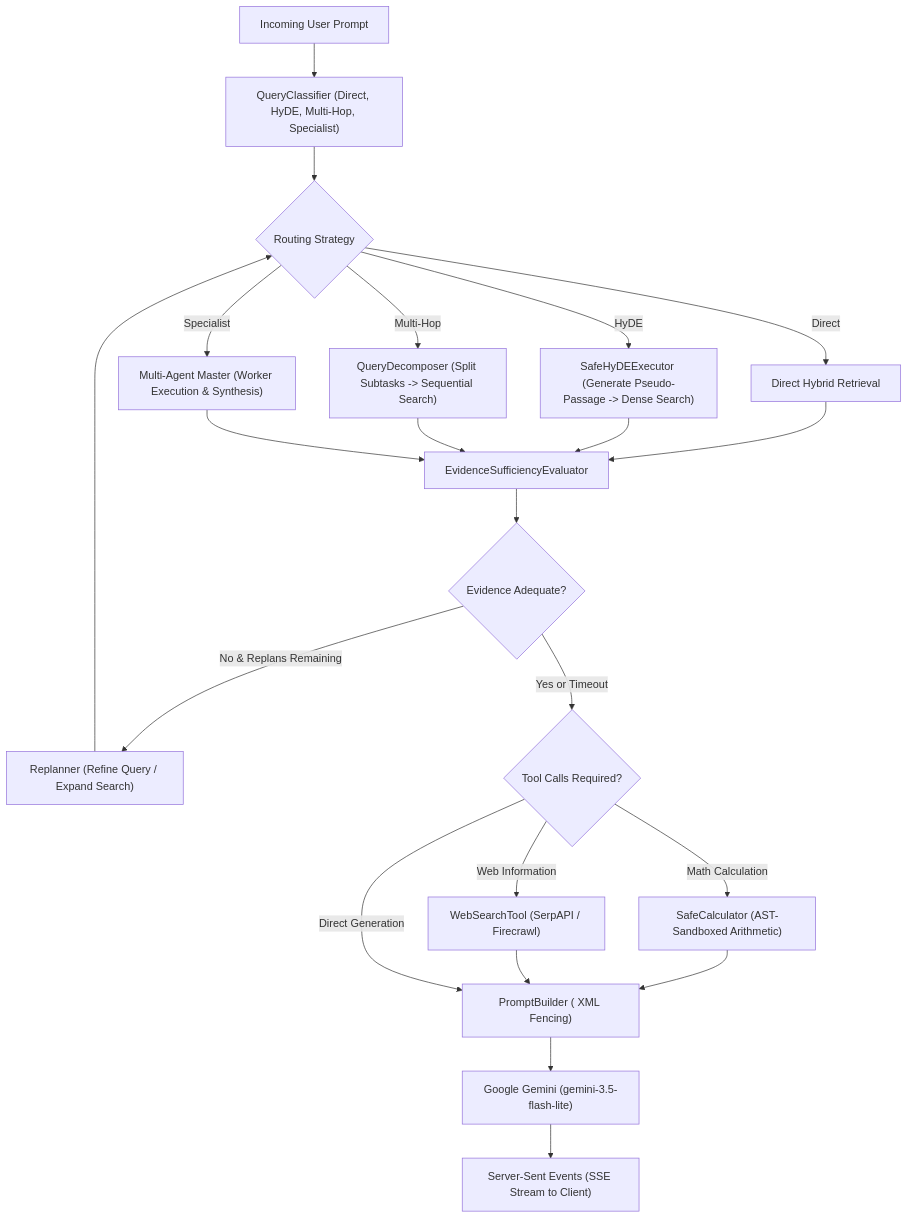
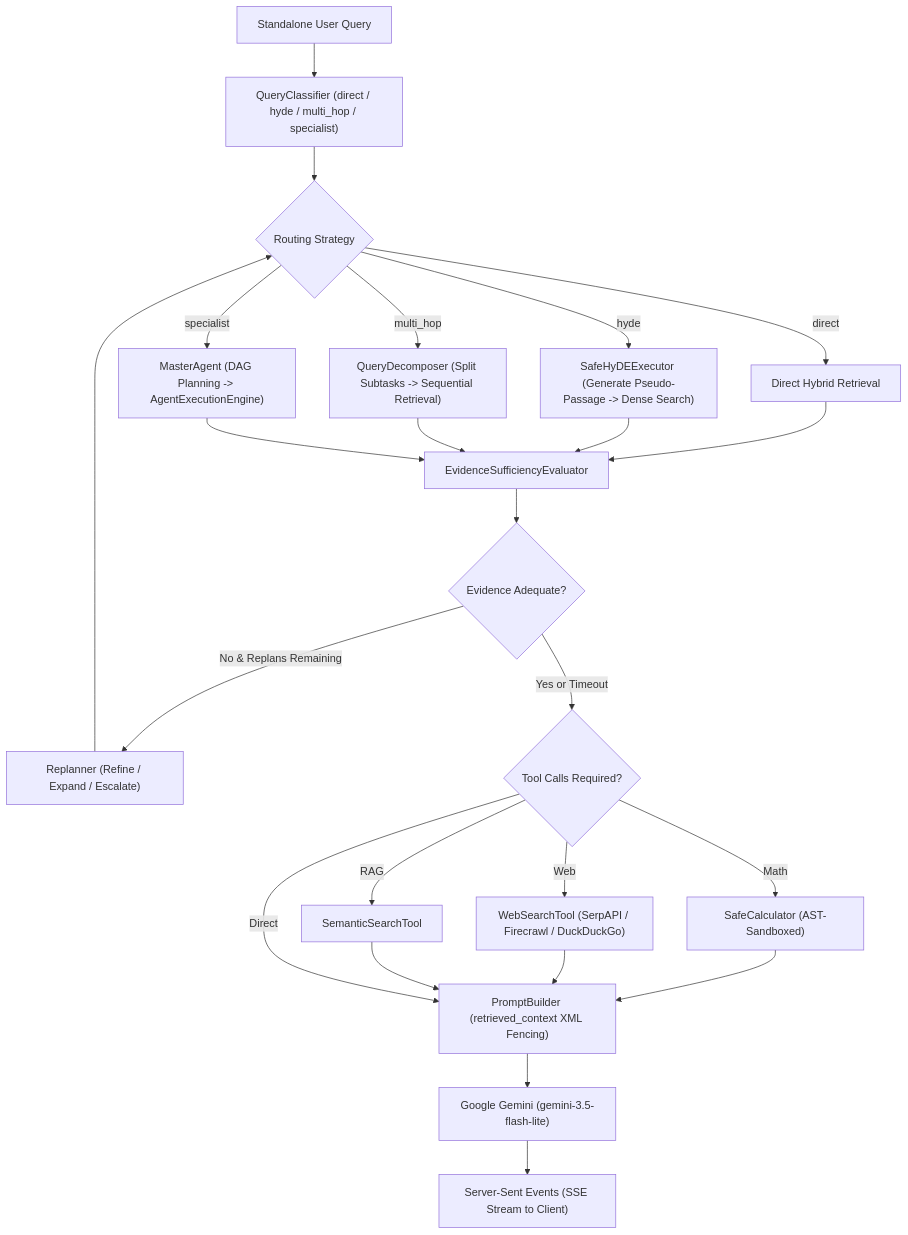
The sixth of 8 diagrams in ARCHITECTURE.md (Satya-Naraharisetty/FusionRAG), drawn with Mermaid before and after one commit. The commit also changed other lines of this file and 2 other files, not shown here.

Commit message:
docs: update system architecture and documentation while adding new integration test suite

````diff
--- a/ARCHITECTURE.md
+++ b/ARCHITECTURE.md
@@ -149,28 +183,30 @@
 ```mermaid
 flowchart TD
-    Query["Incoming User Prompt"] --> Classify["QueryClassifier (Direct, HyDE, Multi-Hop, Specialist)"]
+    Query["Standalone User Query"] --> Classify["QueryClassifier (direct / hyde / multi_hop / specialist)"]
     Classify --> Route{Routing Strategy}
-    Route -->|Direct| DirectRet["Direct Hybrid Retrieval"]
-    Route -->|HyDE| HyDE["SafeHyDEExecutor (Generate Pseudo-Passage -> Dense Search)"]
-    Route -->|Multi-Hop| Decompose["QueryDecomposer (Split Subtasks -> Sequential Search)"]
-    Route -->|Specialist| MultiAgent["Multi-Agent Master (Worker Execution & Synthesis)"]
+    Route -->|direct| DirectRet["Direct Hybrid Retrieval"]
+    Route -->|hyde| HyDE["SafeHyDEExecutor (Generate Pseudo-Passage -> Dense Search)"]
+    Route -->|multi_hop| Decompose["QueryDecomposer (Split Subtasks -> Sequential Retrieval)"]
+    Route -->|specialist| MultiAgent["MasterAgent (DAG Planning -> AgentExecutionEngine)"]
 
-    DirectRet --> Evidence["EvidenceSufficiencyEvaluator"]
+    DirectRet --> Evidence
     HyDE --> Evidence
     Decompose --> Evidence
-    MultiAgent --> Evidence
+    MultiAgent --> Evidence["EvidenceSufficiencyEvaluator"]
 
     Evidence --> Sufficient{Evidence Adequate?}
-    Sufficient -->|No & Replans Remaining| Replan["Replanner (Refine Query / Expand Search)"]
+    Sufficient -->|No & Replans Remaining| Replan["Replanner (Refine / Expand / Escalate)"]
     Replan --> Route
-    Sufficient -->|Yes or Timeout| Tools{Tool Calls Required?}
-    
-    Tools -->|Math Calculation| SafeCalc["SafeCalculator (AST-Sandboxed Arithmetic)"]
-    Tools -->|Web Information| WebSearch["WebSearchTool (SerpAPI / Firecrawl)"]
-    SafeCalc --> Synthesis["PromptBuilder (<retrieved_context> XML Fencing)"]
+    Sufficient -->|Yes or Timeout| ToolCheck{Tool Calls Required?}
+
+    ToolCheck -->|Math| SafeCalc["SafeCalculator (AST-Sandboxed)"]
+    ToolCheck -->|Web| WebSearch["WebSearchTool (SerpAPI / Firecrawl / DuckDuckGo)"]
+    ToolCheck -->|RAG| SemanticSearch["SemanticSearchTool"]
+    SafeCalc --> Synthesis
     WebSearch --> Synthesis
-    Tools -->|Direct Generation| Synthesis
+    SemanticSearch --> Synthesis
+    ToolCheck -->|Direct| Synthesis["PromptBuilder (retrieved_context XML Fencing)"]
 
     Synthesis --> Gemini["Google Gemini (gemini-3.5-flash-lite)"]
     Gemini --> SSE["Server-Sent Events (SSE Stream to Client)"]
 ```
````
